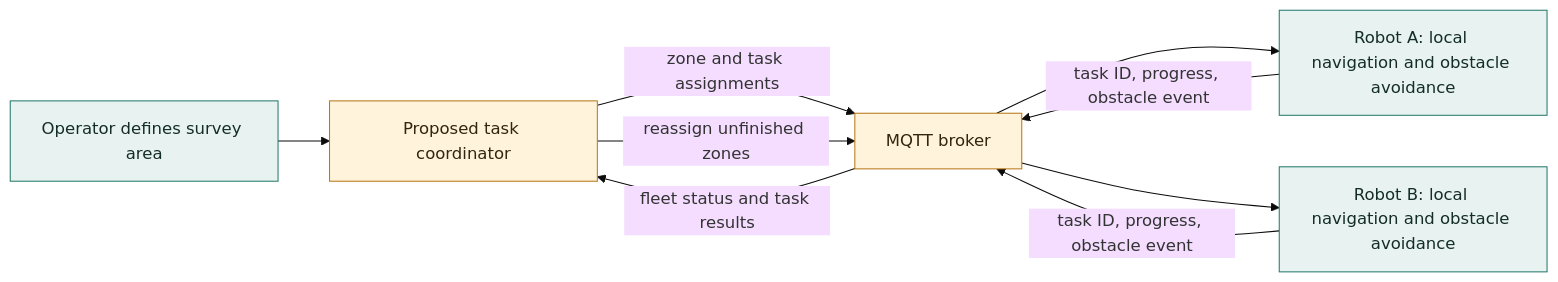
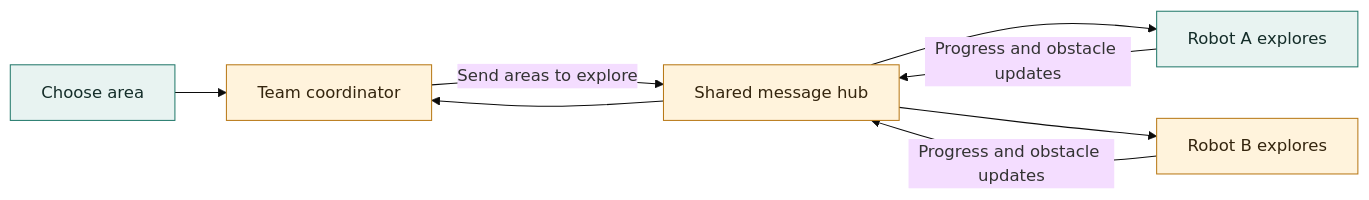
The first of 7 diagrams in docs/project-proposal.md (amish0/swarm_boat), drawn with Mermaid (base theme) before and after one commit. The commit also changed other lines of this file, not shown here.

Commit message:
added production type architecture

````diff
--- a/docs/project-proposal.md
+++ b/docs/project-proposal.md
@@ -52,16 +54,15 @@
 ```mermaid
 flowchart LR
-  Operator[Operator defines survey area] --> Coordinator[Proposed task coordinator]
-  Coordinator -->|zone and task assignments| Broker[MQTT broker]
-  Broker --> RobotA[Robot A: local navigation and obstacle avoidance]
-  Broker --> RobotB[Robot B: local navigation and obstacle avoidance]
-  RobotA -->|task ID, progress, obstacle event| Broker
-  RobotB -->|task ID, progress, obstacle event| Broker
-  Broker -->|fleet status and task results| Coordinator
-  Coordinator -->|reassign unfinished zones| Broker
+  Operator[Choose area] --> Coordinator[Team coordinator]
+  Coordinator -->|Send areas to explore| Hub[Shared message hub]
+  Hub --> RobotA[Robot A explores]
+  Hub --> RobotB[Robot B explores]
+  RobotA -->|Progress and obstacle updates| Hub
+  RobotB -->|Progress and obstacle updates| Hub
+  Hub --> Coordinator
 
   classDef existing fill:#e8f3f1,stroke:#23796b,color:#142d29
   classDef planned fill:#fff3dc,stroke:#b87816,color:#34250e
-  class Operator,RobotA,RobotB existing
-  class Coordinator,Broker planned
+  class Operator,RobotA existing
+  class RobotB,Coordinator,Hub planned
 ```
````
